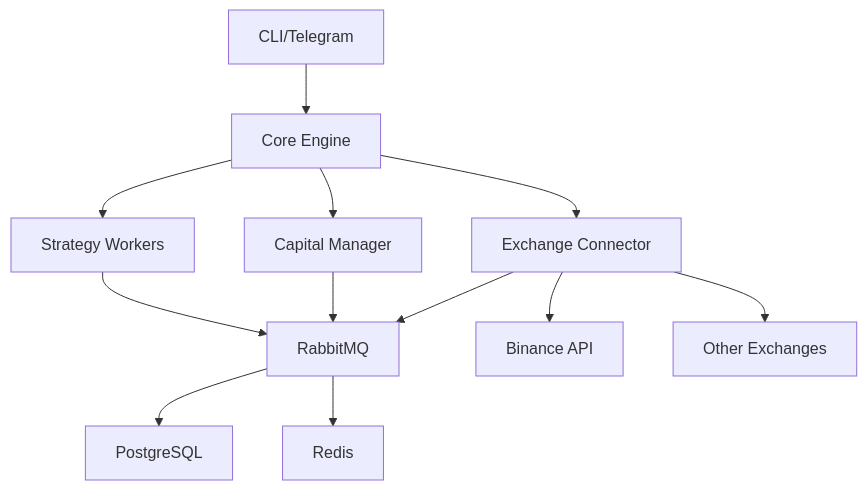
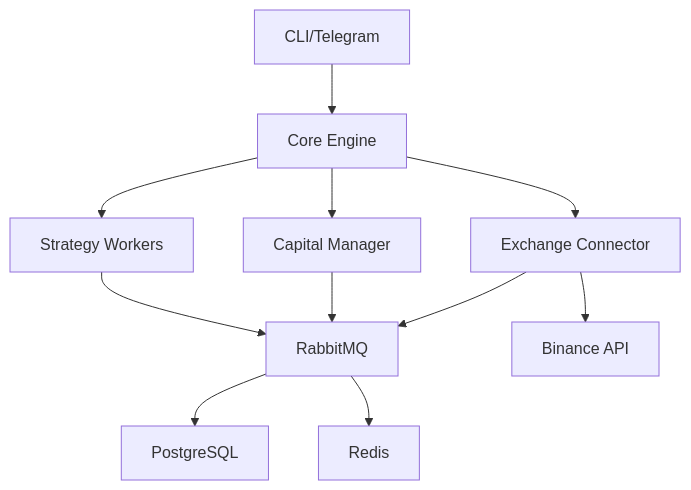
The diagram in README.md (LETUED/LETRADE_V1), drawn with Mermaid before and after one commit. The commit also changed other lines of this file, not shown here.

````diff
--- a/README.md
+++ b/README.md
@@ -95,17 +16,16 @@
 ```mermaid
 graph TD
     A[CLI/Telegram] --> B[Core Engine]
     B --> C[Strategy Workers]
     B --> D[Capital Manager]
     B --> E[Exchange Connector]
-    
+
     C --> F[RabbitMQ]
     D --> F
     E --> F
-    
+
     F --> G[PostgreSQL]
     F --> H[Redis]
-    
+
     E --> I[Binance API]
-    E --> J[Other Exchanges]
 ```
````
